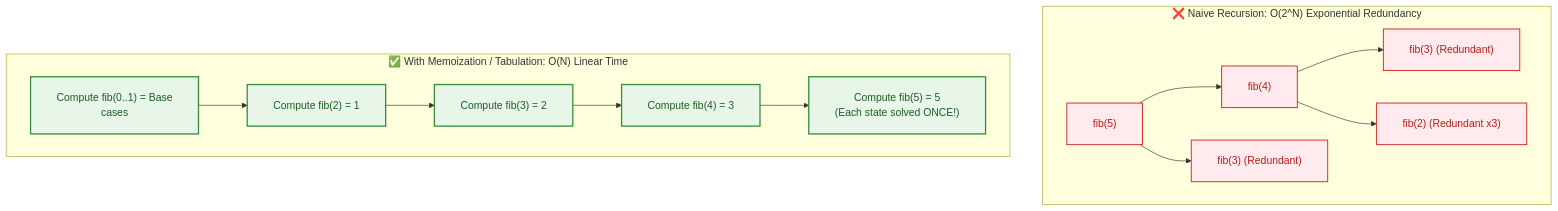
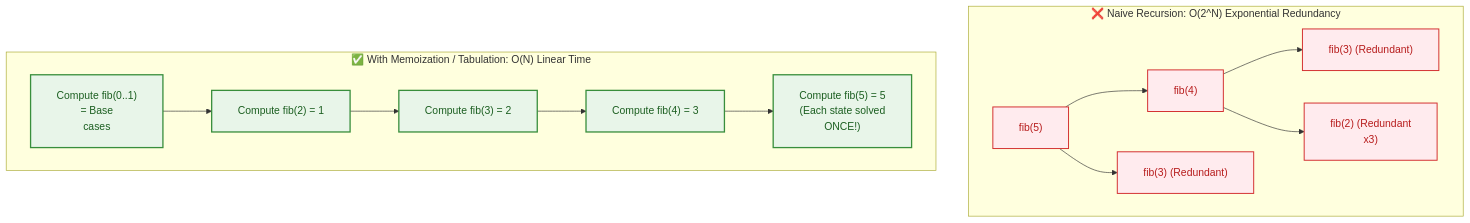
Before and after one commit to dip4k/DSA_102: the second of 6 diagrams in week_10_dynamic_programming_i_fundamentals/Week_10_Visual_Concepts_Playbook_HYBRID.md, drawn with Mermaid. The commit also changed other lines of this file and 106 other files, not shown here.

First line of the commit message:
fix(mermaid): prevent text clipping with foreignObject overflow and tighter line wrapping

````diff
--- a/week_10_dynamic_programming_i_fundamentals/Week_10_Visual_Concepts_Playbook_HYBRID.md
+++ b/week_10_dynamic_programming_i_fundamentals/Week_10_Visual_Concepts_Playbook_HYBRID.md
@@ -84,24 +84,24 @@
 ```mermaid
-%%{init: {"flowchart": {"htmlLabels": true, "padding": 20}}}%%
+%%{init: {"flowchart": {"htmlLabels": true, "padding": 20}, "themeCSS": "foreignObject { overflow: visible !important; }"}}%%
 flowchart TD
     classDef naive fill:#ffebee,stroke:#d32f2f,color:#b71c1c,stroke-width:1.5px;
     classDef memo fill:#e8f5e9,stroke:#388e3c,color:#1b5e20,stroke-width:2px;
 
     subgraph Naive["❌ Naive Recursion: O(2^N) Exponential Redundancy"]
         F5["fib(5)"]:::naive
         F4A["fib(4)"]:::naive
         F3A["fib(3) (Redundant)"]:::naive
         F3B["fib(3) (Redundant)"]:::naive
-        F2A["fib(2) (Redundant x3)"]:::naive
+        F2A["fib(2) (Redundant<br/>x3)"]:::naive
         F5 --> F4A & F3A
         F4A --> F3B & F2A
     end
 
     subgraph DP["✅ With Memoization / Tabulation: O(N) Linear Time"]
-        D0["Compute fib(0..1) = Base<br/>cases"]:::memo
+        D0["Compute fib(0..1)<br/>= Base<br/>cases"]:::memo
         D0 --> D2["Compute fib(2) = 1"]:::memo
         D2 --> D3["Compute fib(3) = 2"]:::memo
         D3 --> D4["Compute fib(4) = 3"]:::memo
-        D4 --> D5["Compute fib(5) = 5<br/>(Each state solved ONCE!)"]:::memo
+        D4 --> D5["Compute fib(5) = 5<br/>(Each state solved<br/>ONCE!)"]:::memo
     end
 ```
````
